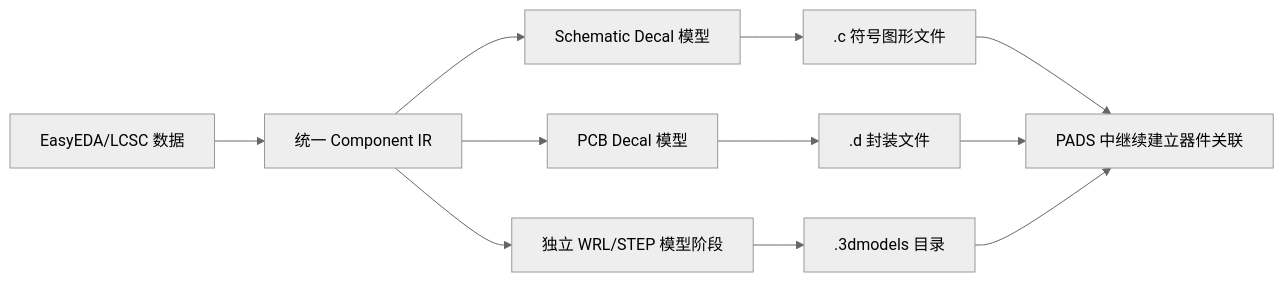
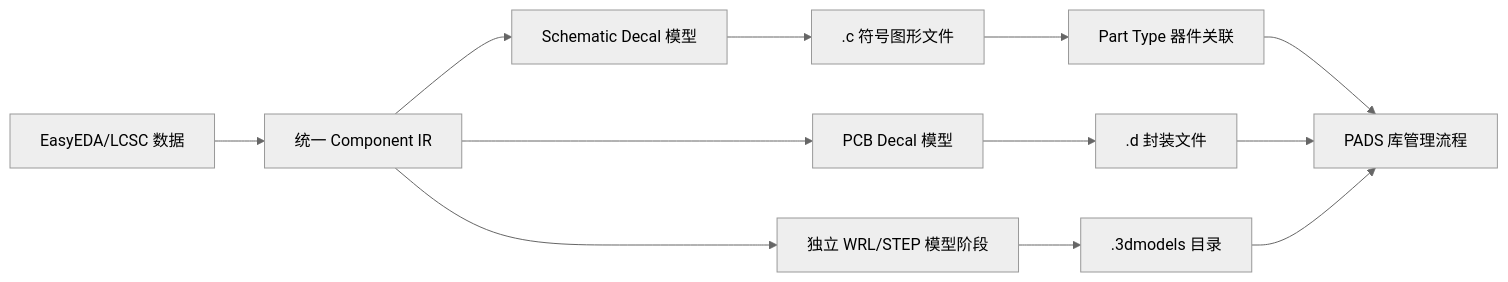
Before and after one commit to EasyKiconverter/EasyKiConverter: the diagram in docs/developer/PADS_EXPORT.md, drawn with Mermaid (neutral theme). The commit also changed other lines of this file and 14 other files, not shown here.

First line of the commit message:
feat(pads): 增加 Part Type 器件关联

````diff
--- a/docs/developer/PADS_EXPORT.md
+++ b/docs/developer/PADS_EXPORT.md
@@ -7,13 +7,14 @@
 ```mermaid
 flowchart LR
     EasyEDA[EasyEDA/LCSC 数据] --> IR[统一 Component IR]
     IR --> Sch[Schematic Decal 模型]
     IR --> Pcb[PCB Decal 模型]
     IR --> Model3D[独立 WRL/STEP 模型阶段]
     Sch --> C[.c 符号图形文件]
     Pcb --> D[.d 封装文件]
     Model3D --> Models[.3dmodels 目录]
-    C --> PADS[PADS 中继续建立器件关联]
+    C --> Part[Part Type 器件关联]
+    Part --> PADS[PADS 库管理流程]
     D --> PADS
     Models --> PADS
 ```
````
